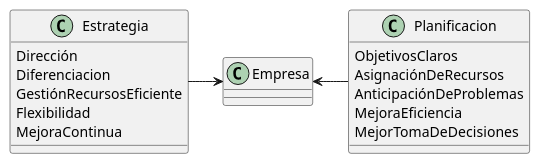
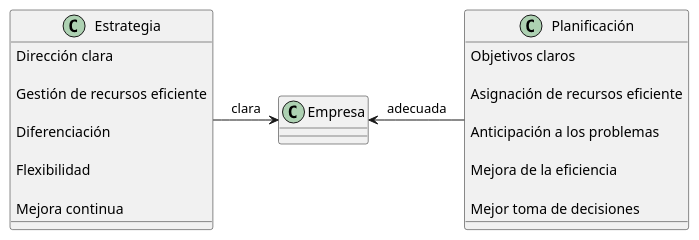
One commit to marcosvarona/DSI-22-23 changed the diagram in puml.source/empresaEstrategiaPlanificacion.puml. Above: the diagram before and after it, drawn with PlantUML. The commit also changed 6 other files, not shown here.

```diff
--- a/puml.source/empresaEstrategiaPlanificacion.puml
+++ b/puml.source/empresaEstrategiaPlanificacion.puml
@@ -1,20 +1,30 @@
 class Empresa
 
 class Estrategia {
-    Dirección
-    Diferenciacion
-    GestiónRecursosEficiente
+    Dirección clara
+
+    Gestión de recursos eficiente
+
+    Diferenciación
+
     Flexibilidad
-    MejoraContinua
+
+    Mejora continua
 }
 
-class Planificacion{
-    ObjetivosClaros
-    AsignaciónDeRecursos
-    AnticipaciónDeProblemas
-    MejoraEficiencia
-    MejorTomaDeDecisiones
+class Planificación{
+
+    Objetivos claros
+
+    Asignación de recursos eficiente
+    
+    Anticipación a los problemas
+    
+    Mejora de la eficiencia
+    
+    Mejor toma de decisiones
+
 }
 
-Estrategia -r-> Empresa
-Planificacion -l-> Empresa
+Estrategia --r-> Empresa:clara
+Planificación --l-> Empresa:adecuada
```
